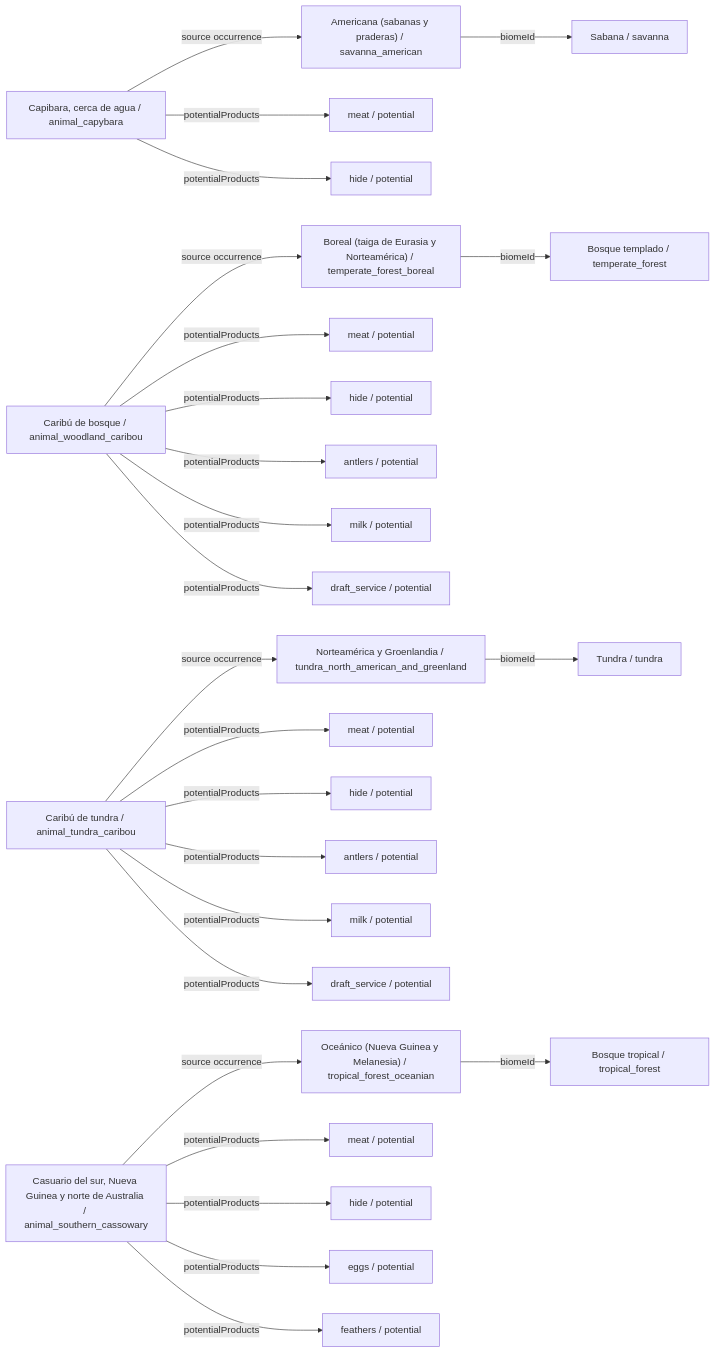
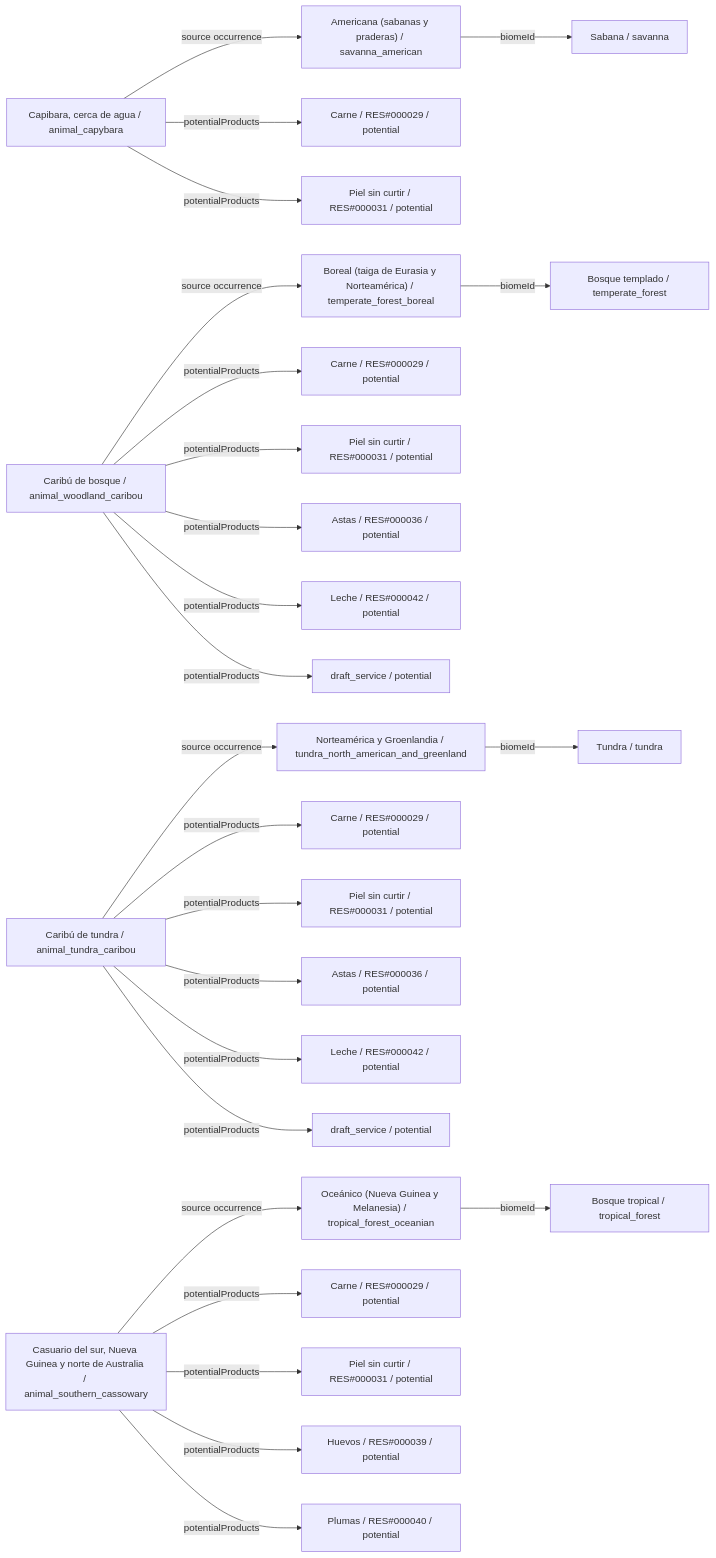
Before and after one commit to fgabo404/EvolveDoc: the seventh of 34 diagrams in data/animals/DIAGRAMS.es.md, drawn with Mermaid. The commit also changed other lines of this file and 50 other files, not shown here.

````diff
--- a/data/animals/DIAGRAMS.es.md
+++ b/data/animals/DIAGRAMS.es.md
@@ -397,55 +397,55 @@
 ```mermaid
 flowchart LR
     c0["Capibara, cerca de agua / animal_capybara"]
     v12["Americana (sabanas y praderas) / savanna_american"]
     b3["Sabana / savanna"]
-    o0_0["meat / potential"]
-    o0_1["hide / potential"]
+    o0_0["Carne / RES#000029 / potential"]
+    o0_1["Piel sin curtir / RES#000031 / potential"]
     c1["Caribú de bosque / animal_woodland_caribou"]
     v7["Boreal (taiga de Eurasia y Norteamérica) / temperate_forest_boreal"]
     b1["Bosque templado / temperate_forest"]
-    o1_0["meat / potential"]
-    o1_1["hide / potential"]
-    o1_2["antlers / potential"]
-    o1_3["milk / potential"]
+    o1_0["Carne / RES#000029 / potential"]
+    o1_1["Piel sin curtir / RES#000031 / potential"]
+    o1_2["Astas / RES#000036 / potential"]
+    o1_3["Leche / RES#000042 / potential"]
     o1_4["draft_service / potential"]
     c2["Caribú de tundra / animal_tundra_caribou"]
     v8["Norteamérica y Groenlandia / tundra_north_american_and_greenland"]
     b2["Tundra / tundra"]
-    o2_0["meat / potential"]
-    o2_1["hide / potential"]
-    o2_2["antlers / potential"]
-    o2_3["milk / potential"]
+    o2_0["Carne / RES#000029 / potential"]
+    o2_1["Piel sin curtir / RES#000031 / potential"]
+    o2_2["Astas / RES#000036 / potential"]
+    o2_3["Leche / RES#000042 / potential"]
     o2_4["draft_service / potential"]
     c3["Casuario del sur, Nueva Guinea y norte de Australia / animal_southern_cassowary"]
     v3["Oceánico (Nueva Guinea y Melanesia) / tropical_forest_oceanian"]
     b0["Bosque tropical / tropical_forest"]
-    o3_0["meat / potential"]
-    o3_1["hide / potential"]
-    o3_2["eggs / potential"]
-    o3_3["feathers / potential"]
+    o3_0["Carne / RES#000029 / potential"]
+    o3_1["Piel sin curtir / RES#000031 / potential"]
+    o3_2["Huevos / RES#000039 / potential"]
+    o3_3["Plumas / RES#000040 / potential"]
     c0 -->|potentialProducts| o0_0
     c0 -->|potentialProducts| o0_1
     c0 -->|source occurrence| v12
     c1 -->|potentialProducts| o1_0
     c1 -->|potentialProducts| o1_1
     c1 -->|potentialProducts| o1_2
     c1 -->|potentialProducts| o1_3
     c1 -->|potentialProducts| o1_4
     c1 -->|source occurrence| v7
     c2 -->|potentialProducts| o2_0
     c2 -->|potentialProducts| o2_1
     c2 -->|potentialProducts| o2_2
     c2 -->|potentialProducts| o2_3
     c2 -->|potentialProducts| o2_4
     c2 -->|source occurrence| v8
     c3 -->|potentialProducts| o3_0
     c3 -->|potentialProducts| o3_1
     c3 -->|potentialProducts| o3_2
     c3 -->|potentialProducts| o3_3
     c3 -->|source occurrence| v3
     v12 -->|biomeId| b3
     v3 -->|biomeId| b0
     v7 -->|biomeId| b1
     v8 -->|biomeId| b2
 ```
````
